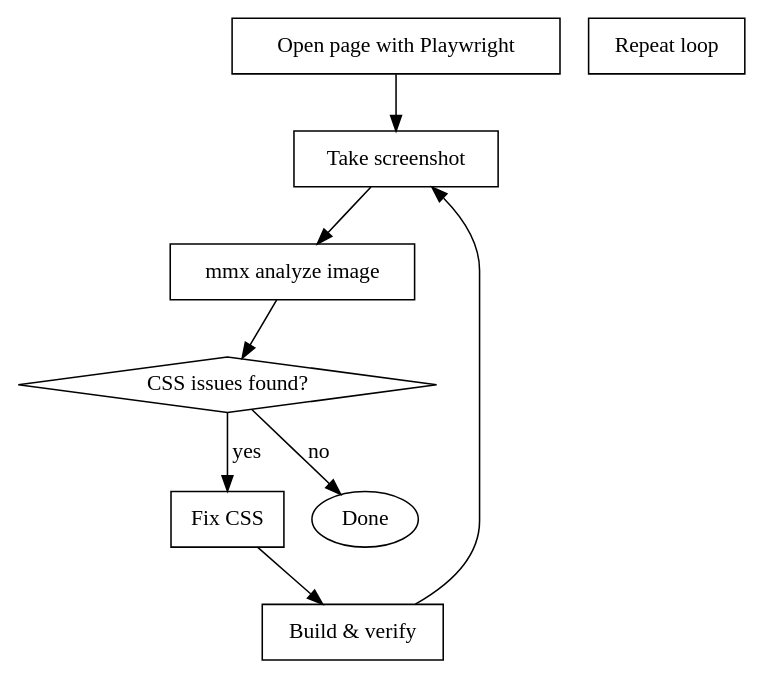
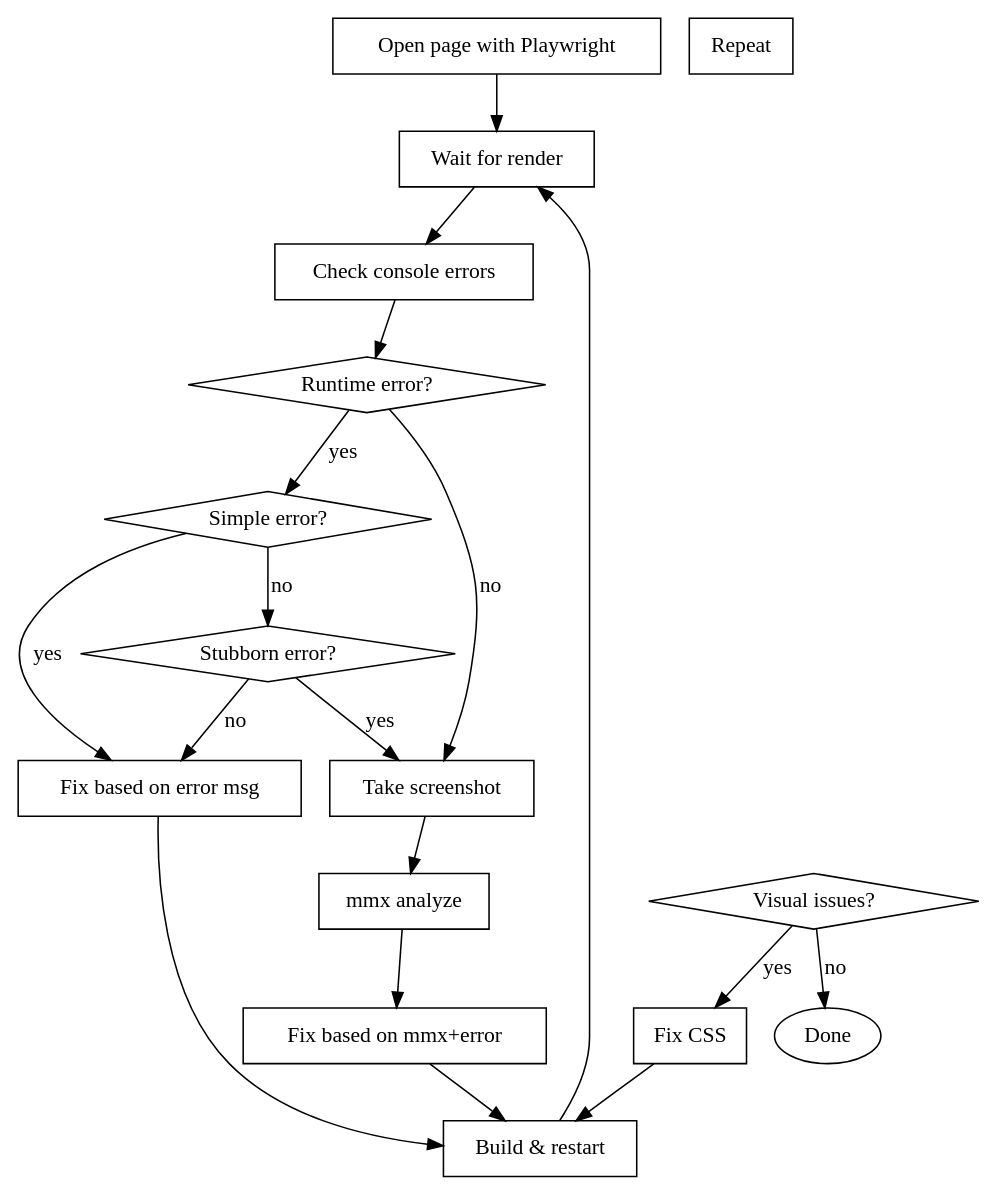
The diagram in .claude/skills/visual-css-debugging/SKILL.md (On-DevPlan/rt), drawn with Graphviz before and after one commit. The commit also changed other lines of this file, not shown here.

````diff
--- a/.claude/skills/visual-css-debugging/SKILL.md
+++ b/.claude/skills/visual-css-debugging/SKILL.md
@@ -29,19 +29,36 @@
 ```dot
 digraph debugging_flow {
   "Open page with Playwright" [shape=box]
+  "Wait for render" [shape=box]
+  "Check console errors" [shape=box]
+  "Runtime error?" [shape=diamond]
+  "Simple error?" [shape=diamond]
+  "Fix based on error msg" [shape=box]
+  "Stubborn error?" [shape=diamond]
   "Take screenshot" [shape=box]
-  "mmx analyze image" [shape=box]
-  "CSS issues found?" [shape=diamond]
+  "mmx analyze" [shape=box]
+  "Fix based on mmx+error" [shape=box]
+  "Visual issues?" [shape=diamond]
   "Fix CSS" [shape=box]
-  "Build & verify" [shape=box]
-  "Repeat loop" [shape=box]
+  "Build & restart" [shape=box]
+  "Repeat" [shape=box]
 
-  "Open page with Playwright" -> "Take screenshot"
-  "Take screenshot" -> "mmx analyze image"
-  "mmx analyze image" -> "CSS issues found?"
-  "CSS issues found?" -> "Fix CSS" [label="yes"]
-  "CSS issues found?" -> "Done" [label="no"]
-  "Fix CSS" -> "Build & verify"
-  "Build & verify" -> "Take screenshot"
+  "Open page with Playwright" -> "Wait for render"
+  "Wait for render" -> "Check console errors"
+  "Check console errors" -> "Runtime error?"
+  "Runtime error?" -> "Simple error?" [label="yes"]
+  "Runtime error?" -> "Take screenshot" [label="no"]
+  "Simple error?" -> "Fix based on error msg" [label="yes"]
+  "Simple error?" -> "Stubborn error?" [label="no"]
+  "Stubborn error?" -> "Take screenshot" [label="yes"]
+  "Stubborn error?" -> "Fix based on error msg" [label="no"]
+  "Fix based on error msg" -> "Build & restart"
+  "Take screenshot" -> "mmx analyze"
+  "mmx analyze" -> "Fix based on mmx+error"
+  "Fix based on mmx+error" -> "Build & restart"
+  "Build & restart" -> "Wait for render"
+  "Visual issues?" -> "Fix CSS" [label="yes"]
+  "Visual issues?" -> "Done" [label="no"]
+  "Fix CSS" -> "Build & restart"
 }
 ```
````
